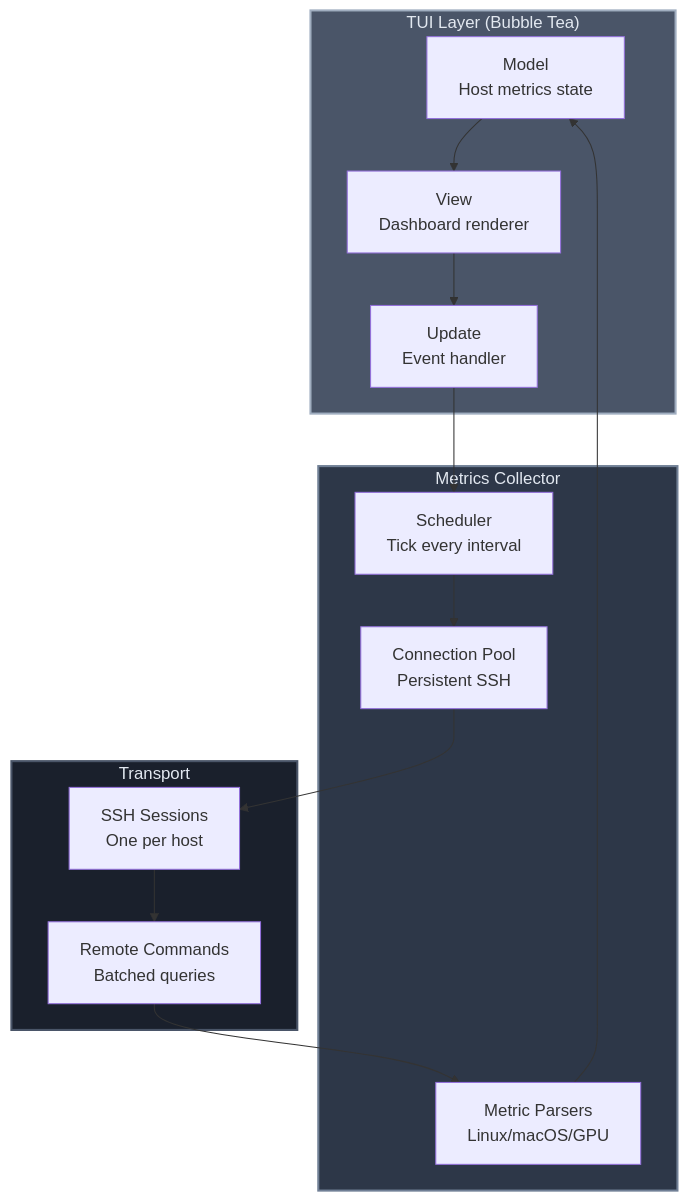
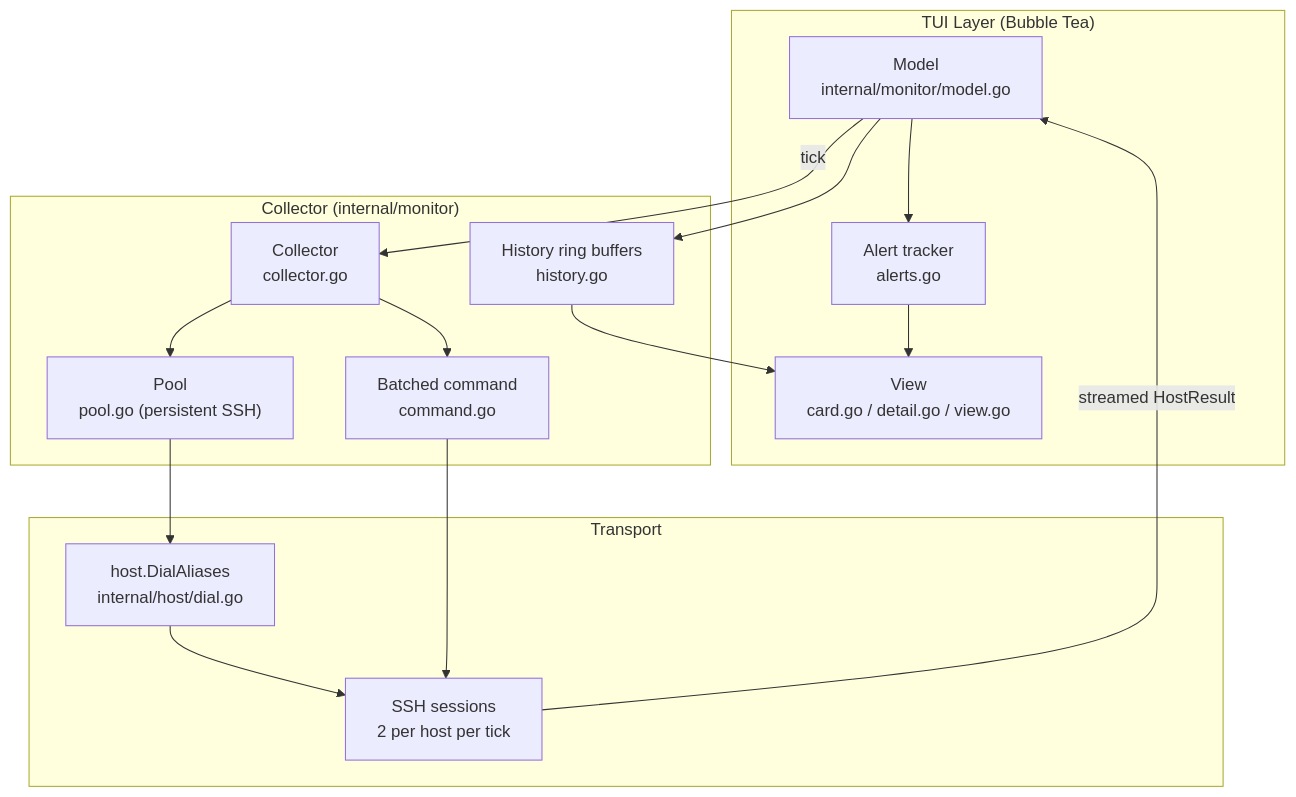
One commit to rileyhilliard/rr changed the eighth of 8 diagrams in docs/ARCHITECTURE.md. Above: the diagram before and after it, drawn with Mermaid. The commit also changed other lines of this file and 56 other files, not shown here.

First line of the commit message:
feat: monitor overhaul - functional config, new metrics, snapshot mode, alerts, perf (#233)

````diff
--- a/docs/ARCHITECTURE.md
+++ b/docs/ARCHITECTURE.md
@@ -1692,32 +1422,32 @@
 ```mermaid
 flowchart TB
     subgraph tui["TUI Layer (Bubble Tea)"]
-        model[Model<br/>Host metrics state]
-        view[View<br/>Dashboard renderer]
-        update[Update<br/>Event handler]
+        model["Model<br/>internal/monitor/model.go"]
+        view["View<br/>card.go / detail.go / view.go"]
+        alerts["Alert tracker<br/>alerts.go"]
     end
 
-    subgraph collector["Metrics Collector"]
-        scheduler[Scheduler<br/>Tick every interval]
-        pool[Connection Pool<br/>Persistent SSH]
-        parser[Metric Parsers<br/>Linux/macOS/GPU]
+    subgraph collect["Collector (internal/monitor)"]
+        collector["Collector<br/>collector.go"]
+        pool["Pool<br/>pool.go (persistent SSH)"]
+        command["Batched command<br/>command.go"]
+        history["History ring buffers<br/>history.go"]
     end
 
     subgraph transport["Transport"]
-        ssh[SSH Sessions<br/>One per host]
-        cmd[Remote Commands<br/>Batched queries]
+        dial["host.DialAliases<br/>internal/host/dial.go"]
+        ssh["SSH sessions<br/>2 per host per tick"]
     end
 
-    scheduler --> pool
-    pool --> ssh
-    ssh --> cmd
-    cmd --> parser
-    parser --> model
-    model --> view
-    view --> update
-    update --> scheduler
-
-    style tui fill:#4a5568,stroke:#a0aec0,stroke-width:2px,color:#e2e8f0
-    style collector fill:#2d3748,stroke:#718096,stroke-width:2px,color:#e2e8f0
-    style transport fill:#1a202c,stroke:#4a5568,stroke-width:2px,color:#e2e8f0
+    model -->|tick| collector
+    collector --> pool
+    pool --> dial
+    dial --> ssh
+    collector --> command
+    command --> ssh
+    ssh -->|streamed HostResult| model
+    model --> history
+    model --> alerts
+    history --> view
+    alerts --> view
 ```
````
